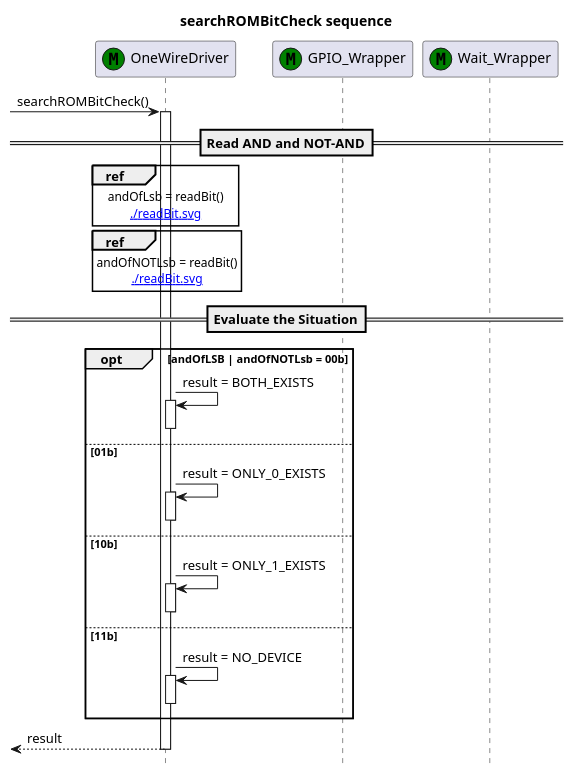
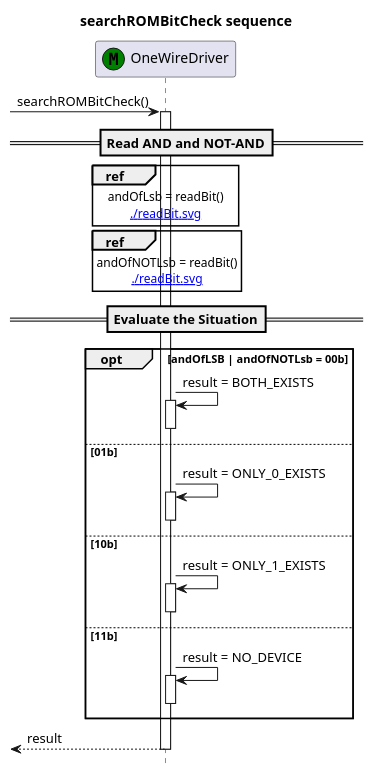
Before and after one commit to ShujiMikami/OneWireDriver: the diagram in DesignDocuments/UML/Sequence/searchROMBitCheck.plantuml, drawn with PlantUML.

Commit message:
余計なライフラインを削除

```diff
--- a/DesignDocuments/UML/Sequence/searchROMBitCheck.plantuml
+++ b/DesignDocuments/UML/Sequence/searchROMBitCheck.plantuml
@@ -1,47 +1,46 @@
 @startuml
 
 hide footbox
 
 title searchROMBitCheck sequence
 
 participant "OneWireDriver" as ModuleOneWireDriver<<M,Green>>[[../Class/OneWireDriver.svg]]
-participant "GPIO_Wrapper" as ModuleGPIO_Wrapper<<M,Green>>[[../Class/OneWireDriver.svg]]
-participant "Wait_Wrapper" as ModuleWait_Wrapper<<M,Green>>[[../Class/OneWireDriver.svg]]
+
 
 
 -> ModuleOneWireDriver : searchROMBitCheck()
   activate ModuleOneWireDriver
 
 ==Read AND and NOT-AND==
 ref over ModuleOneWireDriver
   andOfLsb = readBit()
   [[./readBit.svg]]
 end ref
 ref over ModuleOneWireDriver
   andOfNOTLsb = readBit()
   [[./readBit.svg]]
 end ref
 
 ==Evaluate the Situation==
 opt andOfLSB | andOfNOTLsb = 00b
   ModuleOneWireDriver -> ModuleOneWireDriver : result = BOTH_EXISTS
       activate ModuleOneWireDriver
       deactivate ModuleOneWireDriver
 else 01b
   ModuleOneWireDriver -> ModuleOneWireDriver : result = ONLY_0_EXISTS
     activate ModuleOneWireDriver
     deactivate ModuleOneWireDriver
 else 10b
   ModuleOneWireDriver -> ModuleOneWireDriver : result = ONLY_1_EXISTS
     activate ModuleOneWireDriver
     deactivate ModuleOneWireDriver
 else 11b
   ModuleOneWireDriver -> ModuleOneWireDriver : result = NO_DEVICE
     activate ModuleOneWireDriver
     deactivate ModuleOneWireDriver
 end
 
 <-- ModuleOneWireDriver : result
   deactivate ModuleOneWireDriver
 
 @enduml
```
